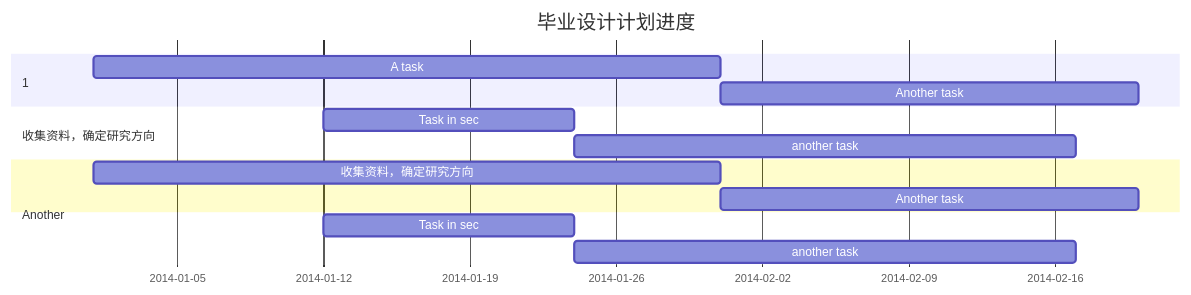
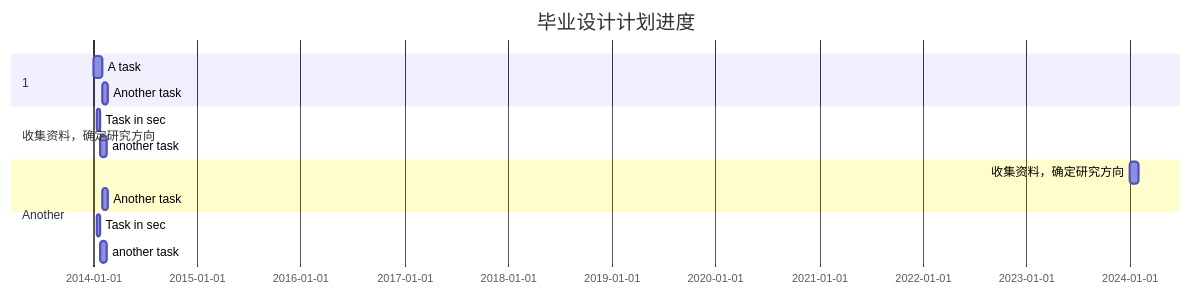
One commit to Kelseyyz/iodraw-files changed the diagram in all/未命名.md. Above: the diagram before and after it, drawn with Mermaid.

Commit message:
2024-12-30 11:00:21 update

````diff
--- a/all/未命名.md
+++ b/all/未命名.md
@@ -1,20 +1,20 @@
 ```mermaid
 gantt
     title 毕业设计计划进度
     dateFormat  YYYY-MM-DD
     
     section 收集资料，确定研究方向
     A task           :a1, 2014-01-01, 30d
     Another task     :after a1  , 20d
     section Another
     Task in sec      :2014-01-12  , 12d
     another task      : 24d
 
 
     section 1
-    收集资料，确定研究方向           :, 2014-01-01, 30d
+    收集资料，确定研究方向           : 2024-01-01, 30d
     Another task     :after a1  , 20d
     section Another
     Task in sec      :2014-01-12  , 12d
     another task      : 24d
 ```
````
